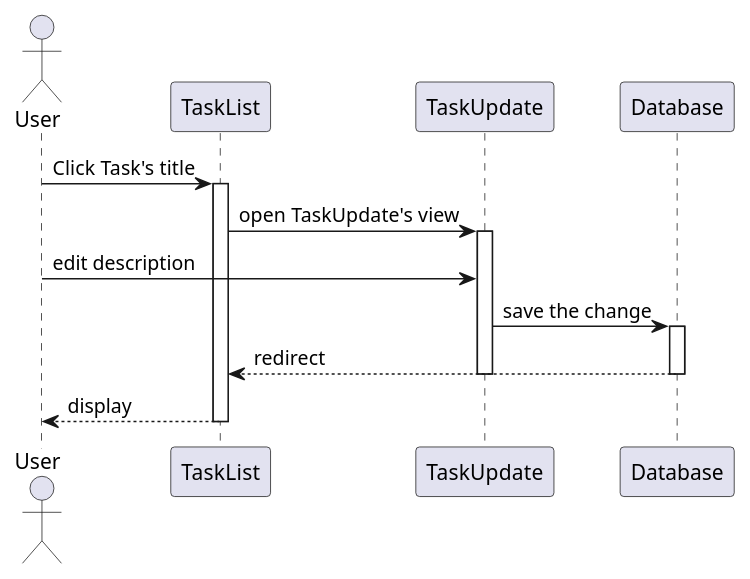
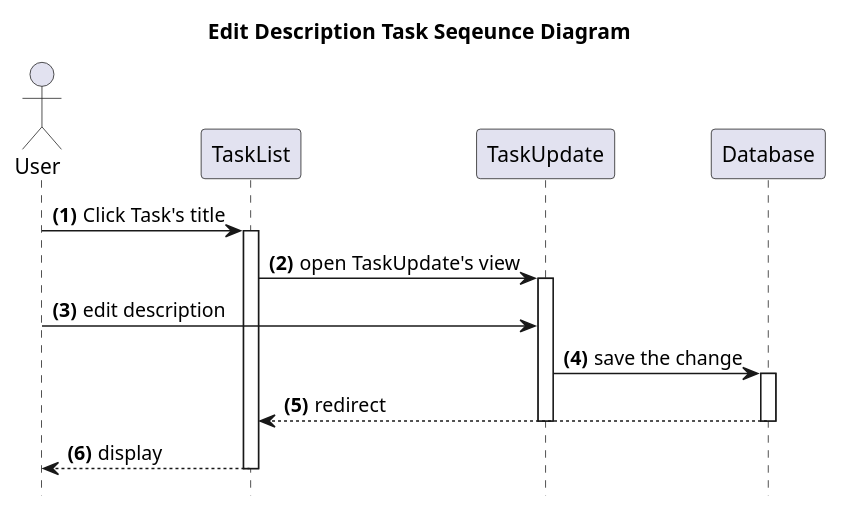
The diagram in documents/diagrams/src/web-client/taskeditdescription.wsd (Kritsanawipankhet/CE64-41), drawn with PlantUML before and after one commit. The commit also changed 11 other files, not shown here.

Commit message:
hide footbox

```diff
--- a/documents/diagrams/src/web-client/taskeditdescription.wsd
+++ b/documents/diagrams/src/web-client/taskeditdescription.wsd
@@ -1,15 +1,18 @@
 @startuml
+title **Edit Description Task** Seqeunce Diagram
+hide footbox
 Actor User
+autonumber "<b>(0)"
 User -> TaskList : Click Task's title
 activate TaskList
 TaskList -> TaskUpdate : open TaskUpdate's view
 activate TaskUpdate
 User -> TaskUpdate : edit description
 TaskUpdate -> Database : save the change
 activate Database
 Database --> TaskList : redirect
 deactivate Database
 deactivate TaskUpdate
 TaskList --> User : display
 deactivate TaskList
 @enduml
```
